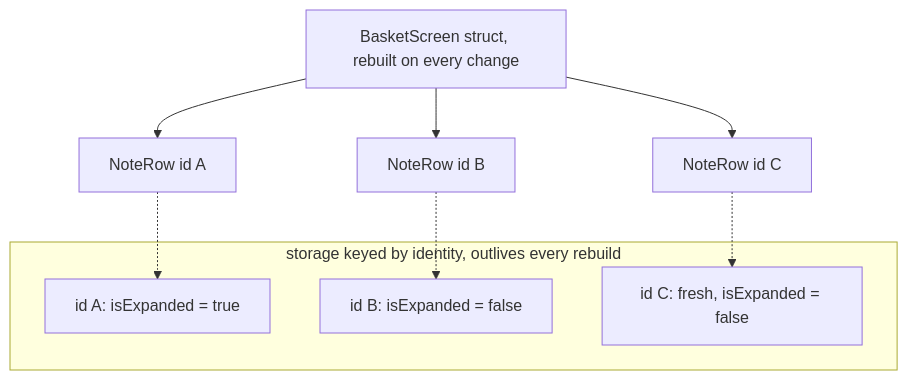
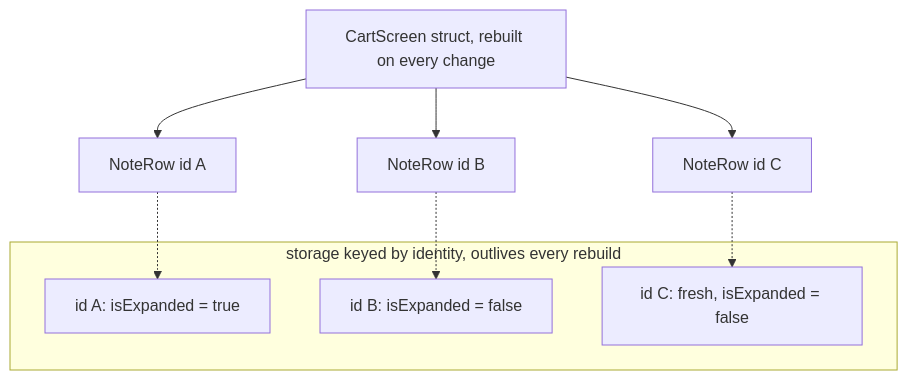
Before and after one commit to levimackay/swift-academy: the diagram in modules/13-swiftui-state/README.md, drawn with Mermaid. The commit also changed other lines of this file and 31 other files, not shown here.

````diff
--- a/modules/13-swiftui-state/README.md
+++ b/modules/13-swiftui-state/README.md
@@ -221,14 +221,14 @@
 ```mermaid
 graph TD
     subgraph Arena["storage keyed by identity, outlives every rebuild"]
         A1["id A: isExpanded = true"]
         A2["id B: isExpanded = false"]
         A3["id C: fresh, isExpanded = false"]
     end
-    Screen["BasketScreen struct, rebuilt on every change"] --> RowA["NoteRow id A"]
+    Screen["CartScreen struct, rebuilt on every change"] --> RowA["NoteRow id A"]
     Screen --> RowB["NoteRow id B"]
     Screen --> RowC["NoteRow id C"]
     RowA -.-> A1
     RowB -.-> A2
     RowC -.-> A3
 ```
````
